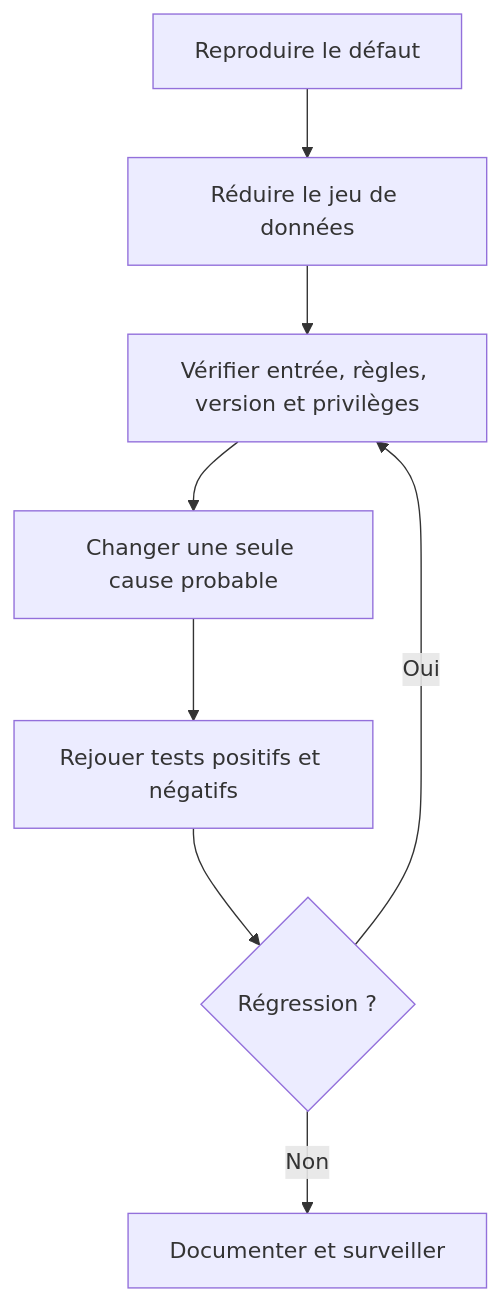
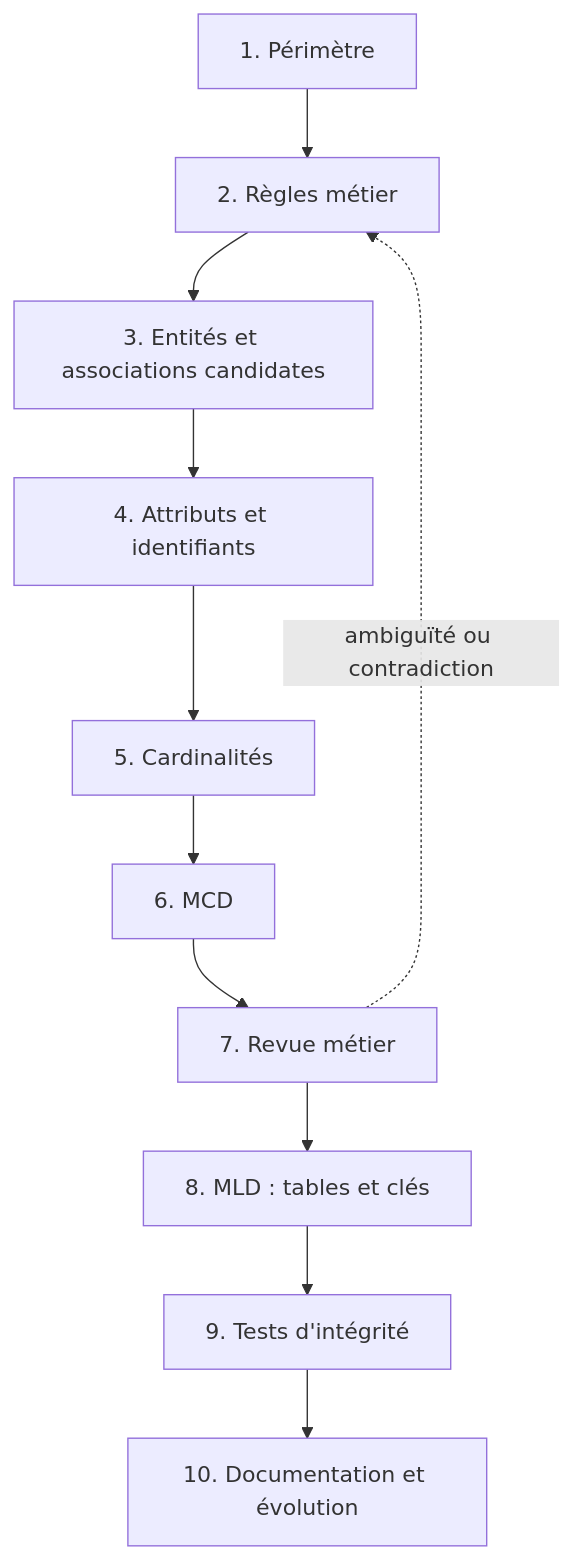
One commit to biggyseven/Skill-Tree changed the tenth of 13 diagrams in content/lessons/data-modelisation-debutant.md. Above: the diagram before and after it, drawn with Mermaid. The commit also changed other lines of this file, not shown here.

Commit message:
docs(data): expand beginner MCD and MLD modeling course

````diff
--- a/content/lessons/data-modelisation-debutant.md
+++ b/content/lessons/data-modelisation-debutant.md
@@ -136,10 +551,13 @@
-```mermaid
+~~~mermaid
 flowchart TD
-    A["Reproduire le défaut"] --> B["Réduire le jeu de données"]
-    B --> C["Vérifier entrée, règles, version et privilèges"]
-    C --> D["Changer une seule cause probable"]
-    D --> E["Rejouer tests positifs et négatifs"]
-    E --> F{"Régression ?"}
-    F -- "Oui" --> C
-    F -- "Non" --> G["Documenter et surveiller"]
-```
+    A["1. Périmètre"] --> B["2. Règles métier"]
+    B --> C["3. Entités et associations candidates"]
+    C --> D["4. Attributs et identifiants"]
+    D --> E["5. Cardinalités"]
+    E --> F["6. MCD"]
+    F --> G["7. Revue métier"]
+    G --> H["8. MLD : tables et clés"]
+    H --> I["9. Tests d'intégrité"]
+    I --> J["10. Documentation et évolution"]
+    G -. "ambiguïté ou contradiction" .-> B
+~~~
````
